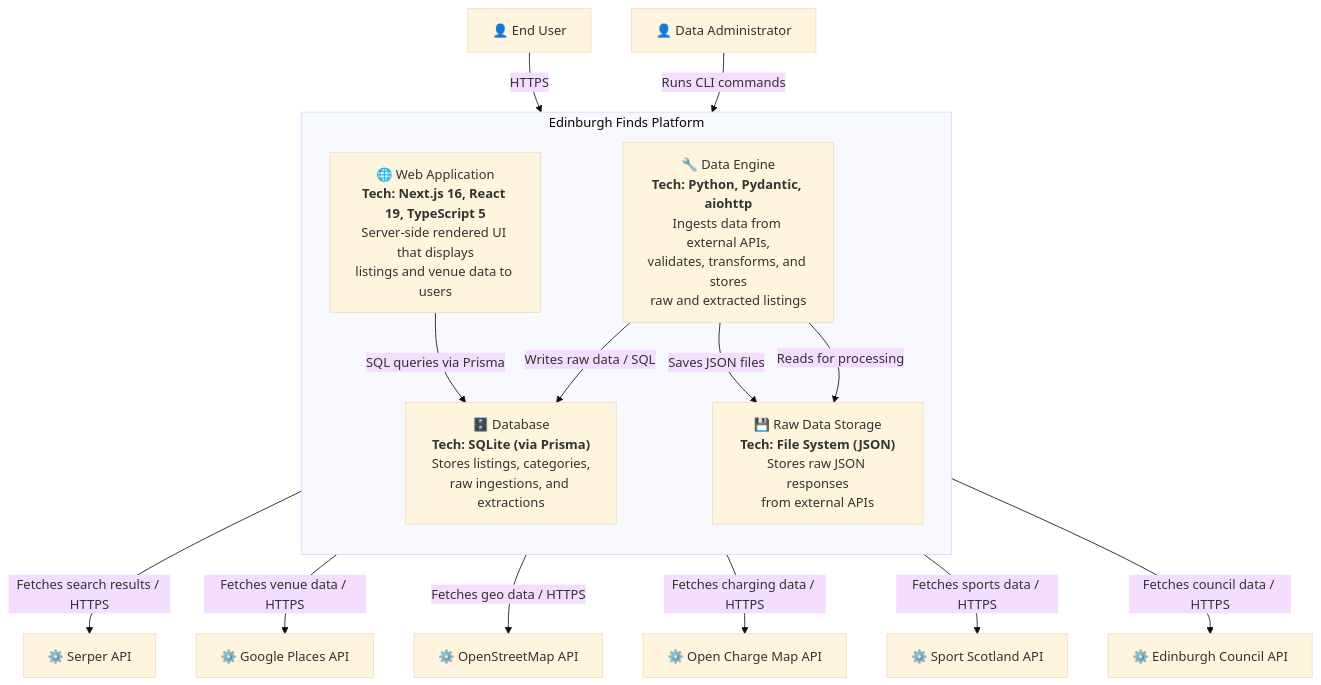
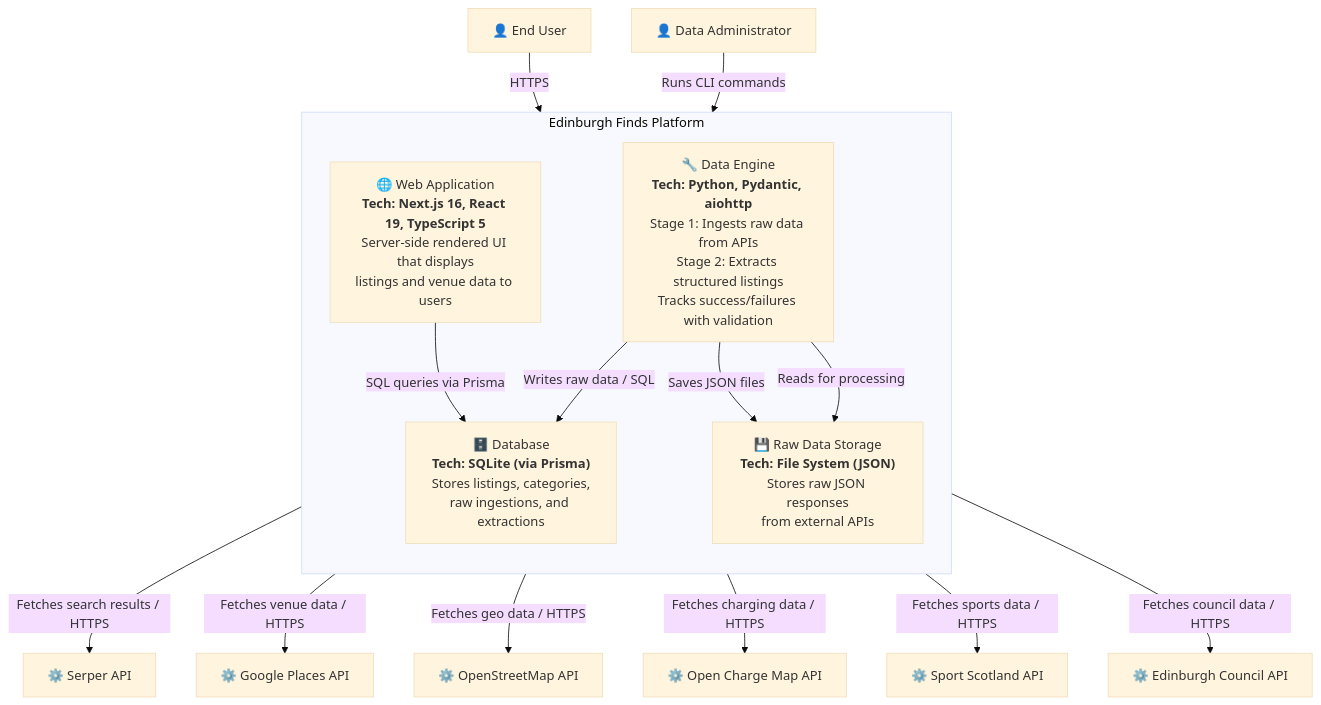
Before and after one commit to LarjGit/edinburgh-finds: the diagram in docs/architecture/c4-level2-container.md, drawn with Mermaid (base theme). The commit also changed other lines of this file and 1 other file, not shown here.

First line of the commit message:
docs(architecture): update C4 diagrams to show two-stage ingestion→extraction pipeline

````diff
--- a/docs/architecture/c4-level2-container.md
+++ b/docs/architecture/c4-level2-container.md
@@ -12,44 +12,44 @@
 ```mermaid
 graph TB
     %% Users
     User["👤 End User"]
     Admin["👤 Data Administrator"]
 
     %% System Boundary
     subgraph System["Edinburgh Finds Platform"]
         direction TB
         Web["🌐 Web Application<br/><b>Tech: Next.js 16, React 19, TypeScript 5</b><br/>Server-side rendered UI that displays<br/>listings and venue data to users"]
 
-        DataEngine["🔧 Data Engine<br/><b>Tech: Python, Pydantic, aiohttp</b><br/>Ingests data from external APIs,<br/>validates, transforms, and stores<br/>raw and extracted listings"]
+        DataEngine["🔧 Data Engine<br/><b>Tech: Python, Pydantic, aiohttp</b><br/>Stage 1: Ingests raw data from APIs<br/>Stage 2: Extracts structured listings<br/>Tracks success/failures with validation"]
 
         DB["🗄️ Database<br/><b>Tech: SQLite (via Prisma)</b><br/>Stores listings, categories,<br/>raw ingestions, and extractions"]
 
         RawStorage["💾 Raw Data Storage<br/><b>Tech: File System (JSON)</b><br/>Stores raw JSON responses<br/>from external APIs"]
     end
 
     %% External Systems
     Serper["⚙️ Serper API"]
     GooglePlaces["⚙️ Google Places API"]
     OSM["⚙️ OpenStreetMap API"]
     OpenChargeMap["⚙️ Open Charge Map API"]
     SportScotland["⚙️ Sport Scotland API"]
     EdinburghCouncil["⚙️ Edinburgh Council API"]
 
     %% User Relationships
     User -->|"HTTPS"| Web
     Admin -->|"Runs CLI commands"| DataEngine
 
     %% Internal Relationships
     Web -->|"SQL queries via Prisma"| DB
     DataEngine -->|"Writes raw data / SQL"| DB
     DataEngine -->|"Saves JSON files"| RawStorage
     DataEngine -->|"Reads for processing"| RawStorage
 
     %% External API Relationships
     DataEngine -->|"Fetches search results / HTTPS"| Serper
     DataEngine -->|"Fetches venue data / HTTPS"| GooglePlaces
     DataEngine -->|"Fetches geo data / HTTPS"| OSM
     DataEngine -->|"Fetches charging data / HTTPS"| OpenChargeMap
     DataEngine -->|"Fetches sports data / HTTPS"| SportScotland
     DataEngine -->|"Fetches council data / HTTPS"| EdinburghCouncil
 ```
````
